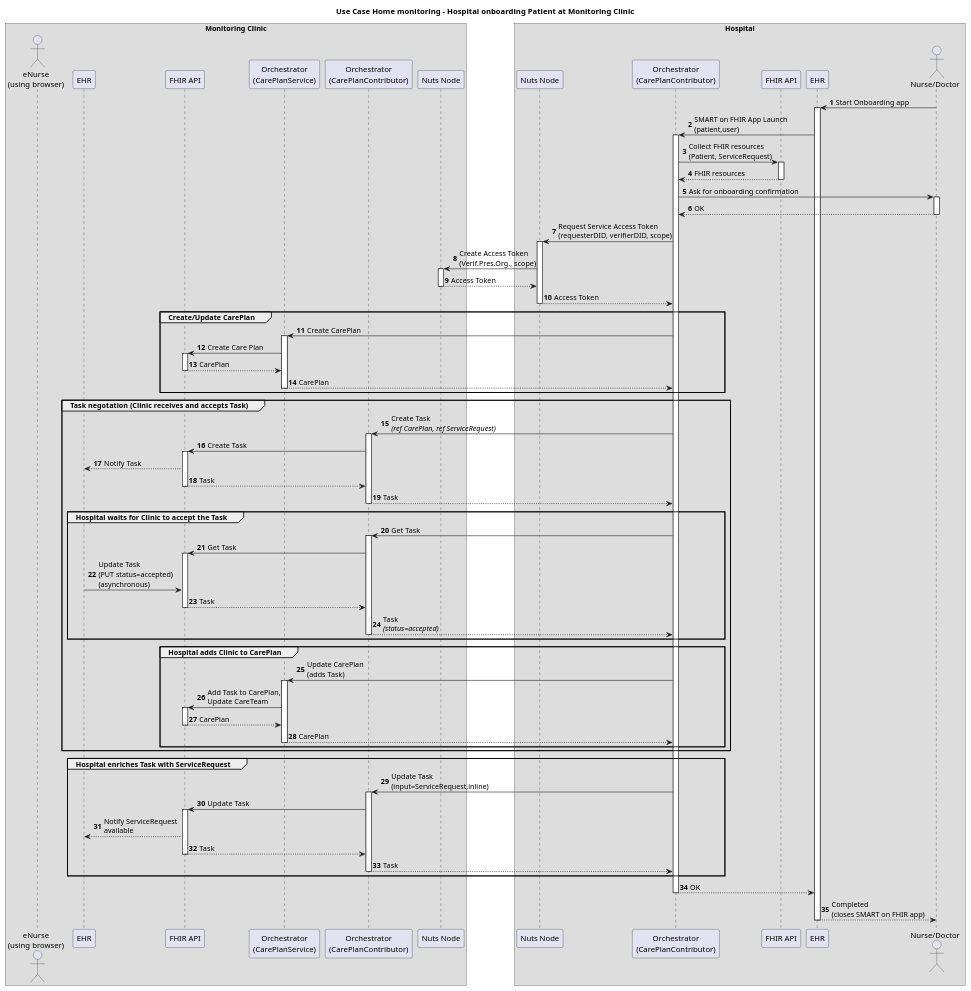
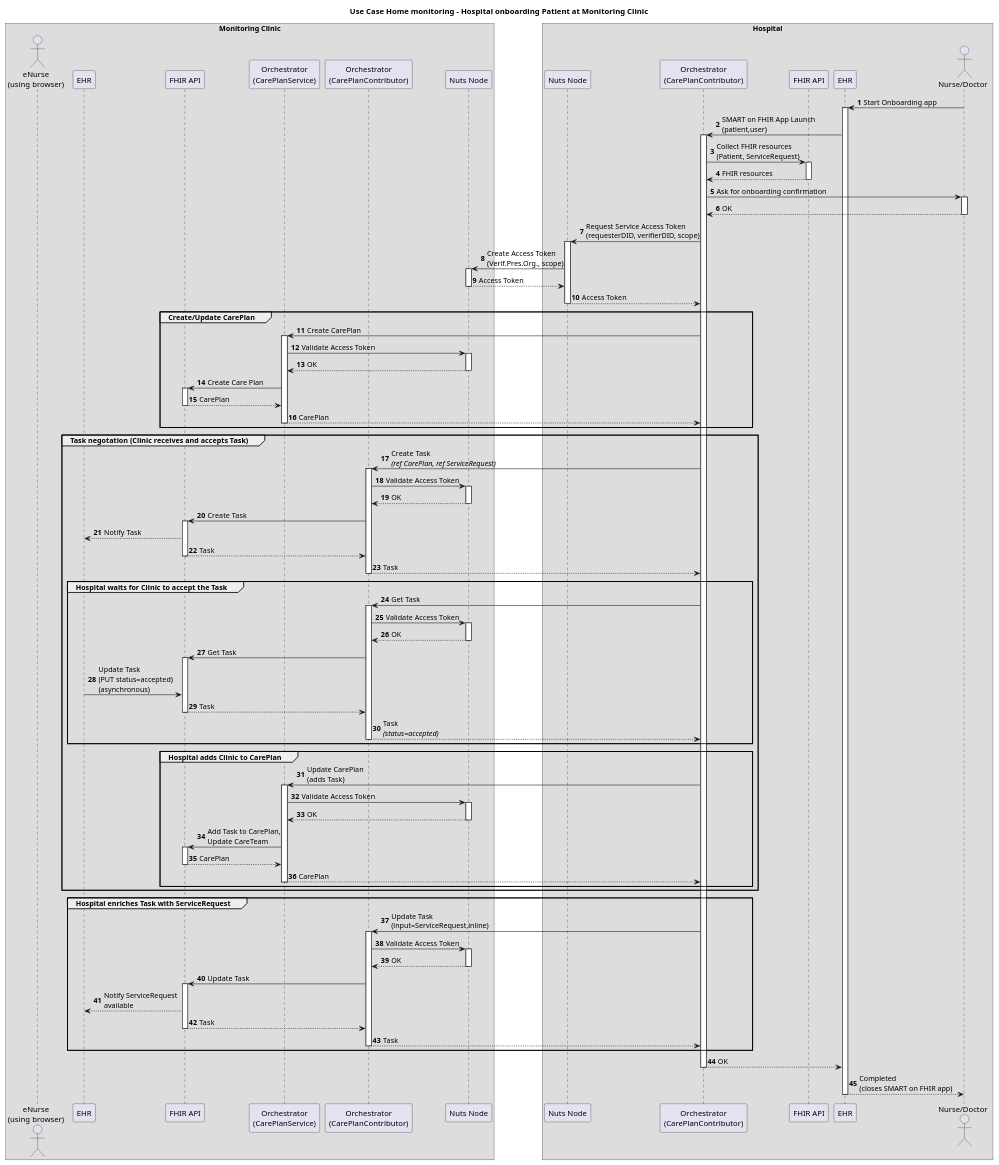
One commit to SanteonNL/shared-care-planning changed the diagram in input/images-source/usecase-homemonitoring-onboarding.puml. Above: the diagram before and after it, drawn with PlantUML.

Commit message:
Add Access Token validation steps

```diff
--- a/input/images-source/usecase-homemonitoring-onboarding.puml
+++ b/input/images-source/usecase-homemonitoring-onboarding.puml
@@ -1,85 +1,100 @@
 @startuml
 'https://plantuml.com/sequence-diagram
 autonumber
 
 
 title Use Case Home monitoring - Hospital onboarding Patient at Monitoring Clinic
 
 box Monitoring Clinic
     actor eNurse as "eNurse\n(using browser)"
     participant "EHR" as ClinicEHR
     participant "FHIR API" as ClinicFHIR
     participant "Orchestrator\n(CarePlanService)" as ClinicOrchestratorCPS
     participant "Orchestrator\n(CarePlanContributor)" as ClinicOrchestratorContr
     participant "Nuts Node" as ClinicNutsNode
 end box
 box Hospital
     participant "Nuts Node" as HospitalNutsNode
     participant "Orchestrator\n(CarePlanContributor)" as HospitalOrchestrator
     participant "FHIR API" as HospitalFHIR
     participant "EHR" as HospitalEHR
     actor "Nurse/Doctor" as HospitalNurse
 end box
 
 HospitalNurse -> HospitalEHR : Start Onboarding app
 activate HospitalEHR
     HospitalEHR -> HospitalOrchestrator : SMART on FHIR App Launch\n(patient,user)
     activate HospitalOrchestrator
         HospitalOrchestrator -> HospitalFHIR : Collect FHIR resources\n(Patient, ServiceRequest)
         activate HospitalFHIR
         return FHIR resources
         HospitalOrchestrator -> HospitalNurse : Ask for onboarding confirmation
         activate HospitalNurse
         return OK
         HospitalOrchestrator -> HospitalNutsNode : Request Service Access Token\n(requesterDID, verifierDID, scope)
         activate HospitalNutsNode
             HospitalNutsNode -> ClinicNutsNode : Create Access Token\n(Verif.Pres.Org., scope)
             activate ClinicNutsNode
             return Access Token
         return Access Token
         group Create/Update CarePlan
             HospitalOrchestrator -> ClinicOrchestratorCPS : Create CarePlan
             activate ClinicOrchestratorCPS
+                ClinicOrchestratorCPS -> ClinicNutsNode : Validate Access Token
+                activate ClinicNutsNode
+                return OK
                 ClinicOrchestratorCPS -> ClinicFHIR : Create Care Plan
                 activate ClinicFHIR
                 return CarePlan
             return CarePlan
         end group
         group Task negotation (Clinic receives and accepts Task)
             HospitalOrchestrator -> ClinicOrchestratorContr : Create Task\n<i>(ref CarePlan, ref ServiceRequest)
             activate ClinicOrchestratorContr
+                ClinicOrchestratorContr -> ClinicNutsNode : Validate Access Token
+                activate ClinicNutsNode
+                return OK
                 ClinicOrchestratorContr -> ClinicFHIR : Create Task
                 activate ClinicFHIR
                     ClinicFHIR ---> ClinicEHR : Notify Task
                 return Task
             return Task
             group Hospital waits for Clinic to accept the Task
                 HospitalOrchestrator -> ClinicOrchestratorContr : Get Task
                 activate ClinicOrchestratorContr
+                    ClinicOrchestratorContr -> ClinicNutsNode : Validate Access Token
+                    activate ClinicNutsNode
+                    return OK
                     ClinicOrchestratorContr -> ClinicFHIR : Get Task
                     activate ClinicFHIR
                     ClinicEHR -> ClinicFHIR : Update Task\n(PUT status=accepted)\n(asynchronous)
                     return Task
                 return Task\n<i>(status=accepted)
             end group
             group Hospital adds Clinic to CarePlan
                 HospitalOrchestrator -> ClinicOrchestratorCPS : Update CarePlan\n(adds Task)
                 activate ClinicOrchestratorCPS
+                    ClinicOrchestratorCPS -> ClinicNutsNode : Validate Access Token
+                    activate ClinicNutsNode
+                    return OK
                     ClinicOrchestratorCPS -> ClinicFHIR : Add Task to CarePlan,\nUpdate CareTeam
                     activate ClinicFHIR
                     return CarePlan
                 return CarePlan
             end group
         end group
         group Hospital enriches Task with ServiceRequest
             HospitalOrchestrator -> ClinicOrchestratorContr : Update Task\n(input=ServiceRequest,inline)
             activate ClinicOrchestratorContr
+                ClinicOrchestratorContr -> ClinicNutsNode : Validate Access Token
+                activate ClinicNutsNode
+                return OK
                 ClinicOrchestratorContr -> ClinicFHIR : Update Task
                 activate ClinicFHIR
                     ClinicFHIR ---> ClinicEHR : Notify ServiceRequest\navailable
                 return Task
             return Task
         end group
     return OK
 return Completed\n(closes SMART on FHIR app)
 @enduml
```
